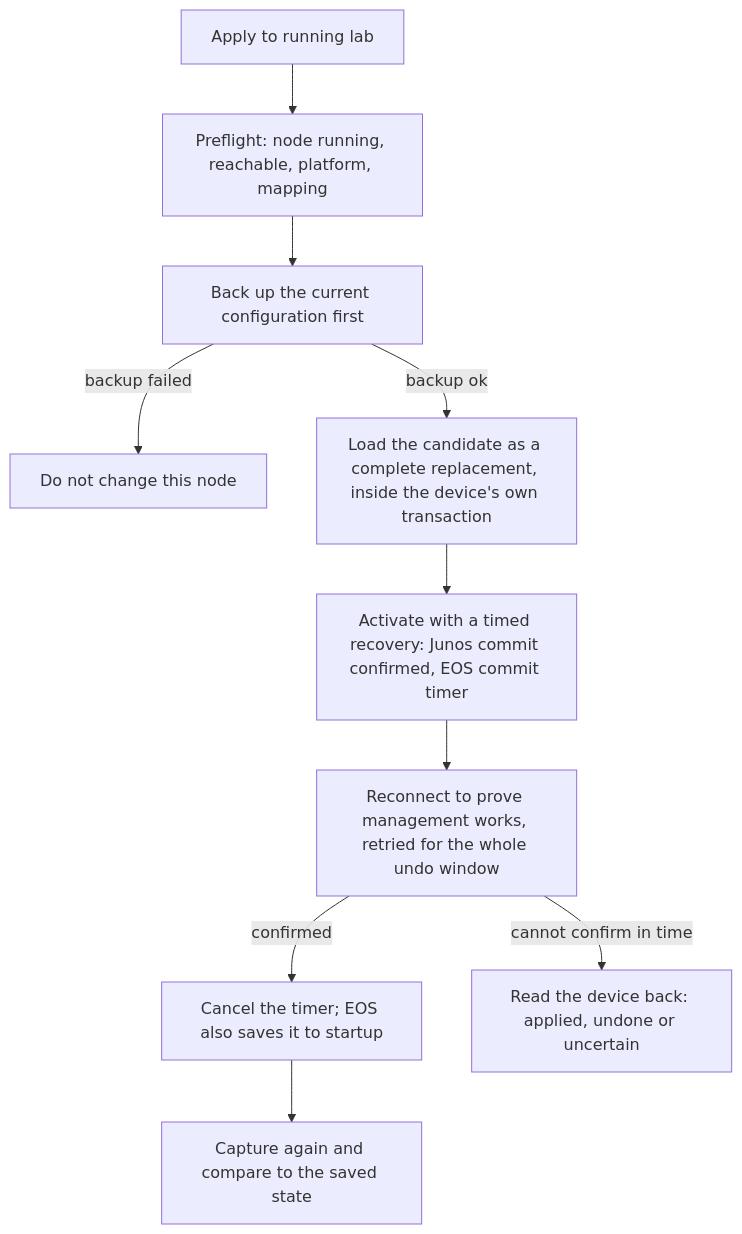
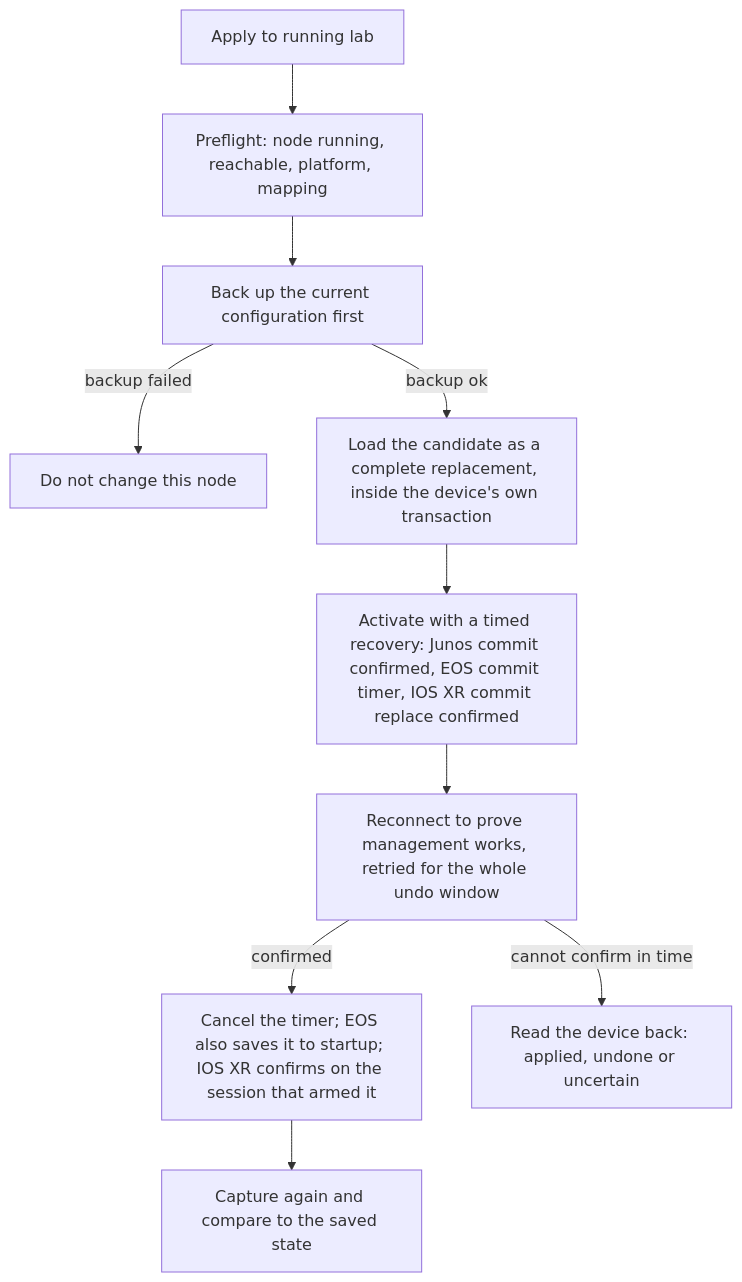
One commit to ArchRuger/CLAB-BACKUP-WORKER-v2 changed the fourth of 4 diagrams in docs/GIT-PROGRESS.md. Above: the diagram before and after it, drawn with Mermaid. The commit also changed other lines of this file and 99 other files, not shown here.

First line of the commit message:
Release 1.30.29: Replace running configuration on Cisco IOS XR (XRv9k); all four kinds restorable

````diff
--- a/docs/GIT-PROGRESS.md
+++ b/docs/GIT-PROGRESS.md
@@ -356,12 +356,12 @@
 ```mermaid
 flowchart TD
     A[Apply to running lab] --> B[Preflight: node running, reachable, platform, mapping]
     B --> C[Back up the current configuration first]
     C -->|backup failed| D[Do not change this node]
     C -->|backup ok| E[Load the candidate as a complete replacement, inside the device's own transaction]
-    E --> F[Activate with a timed recovery: Junos commit confirmed, EOS commit timer]
+    E --> F[Activate with a timed recovery: Junos commit confirmed, EOS commit timer, IOS XR commit replace confirmed]
     F --> G[Reconnect to prove management works, retried for the whole undo window]
-    G -->|confirmed| H[Cancel the timer; EOS also saves it to startup]
+    G -->|confirmed| H[Cancel the timer; EOS also saves it to startup; IOS XR confirms on the session that armed it]
     G -->|cannot confirm in time| I[Read the device back: applied, undone or uncertain]
     H --> J[Capture again and compare to the saved state]
 ```
````
